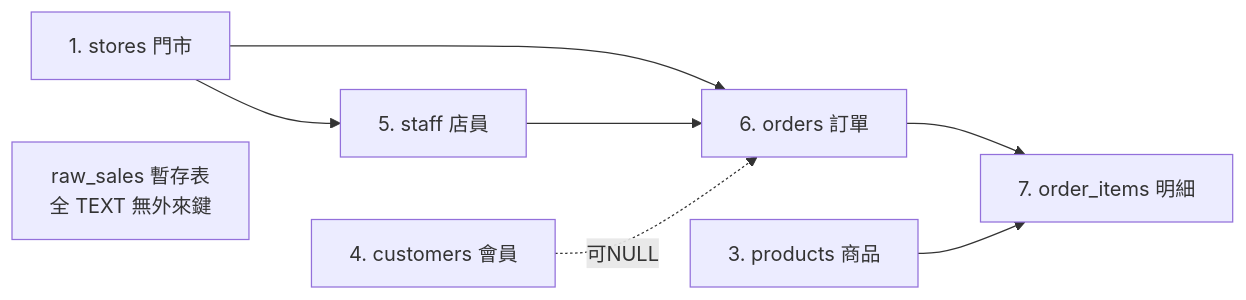
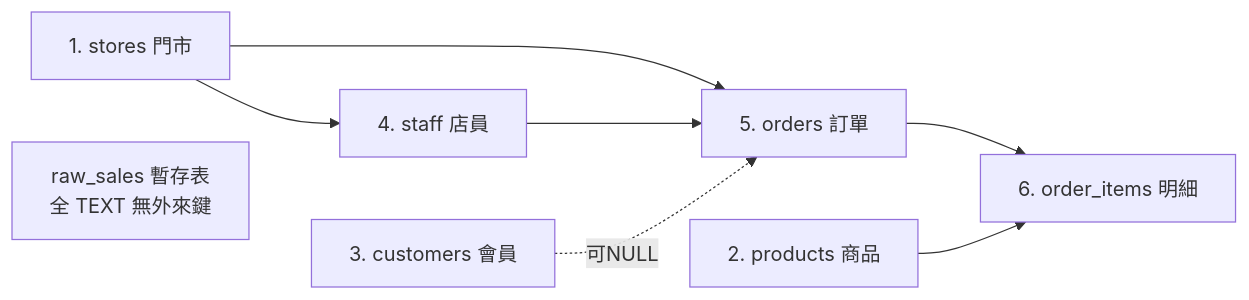
One commit to roberthsu2003/postgreSQL_MCP changed the first of 2 diagrams in app_projects/excel8_stores/2_手寫DDL.md. Above: the diagram before and after it, drawn with Mermaid. The commit also changed other lines of this file and 57 other files, not shown here.

````diff
--- a/app_projects/excel8_stores/2_手寫DDL.md
+++ b/app_projects/excel8_stores/2_手寫DDL.md
@@ -14,10 +14,10 @@
 ```mermaid
 flowchart LR
-    S[1. stores 門市] --> ST[5. staff 店員]
-    S --> O[6. orders 訂單]
+    S[1. stores 門市] --> ST[4. staff 店員]
+    S --> O[5. orders 訂單]
     ST --> O
-    C[4. customers 會員] -. 可NULL .-> O
-    O --> OI[7. order_items 明細]
-    P[3. products 商品] --> OI
+    C[3. customers 會員] -. 可NULL .-> O
+    O --> OI[6. order_items 明細]
+    P[2. products 商品] --> OI
     RAW[raw_sales 暫存表<br/>全 TEXT 無外來鍵]
 ```
````
